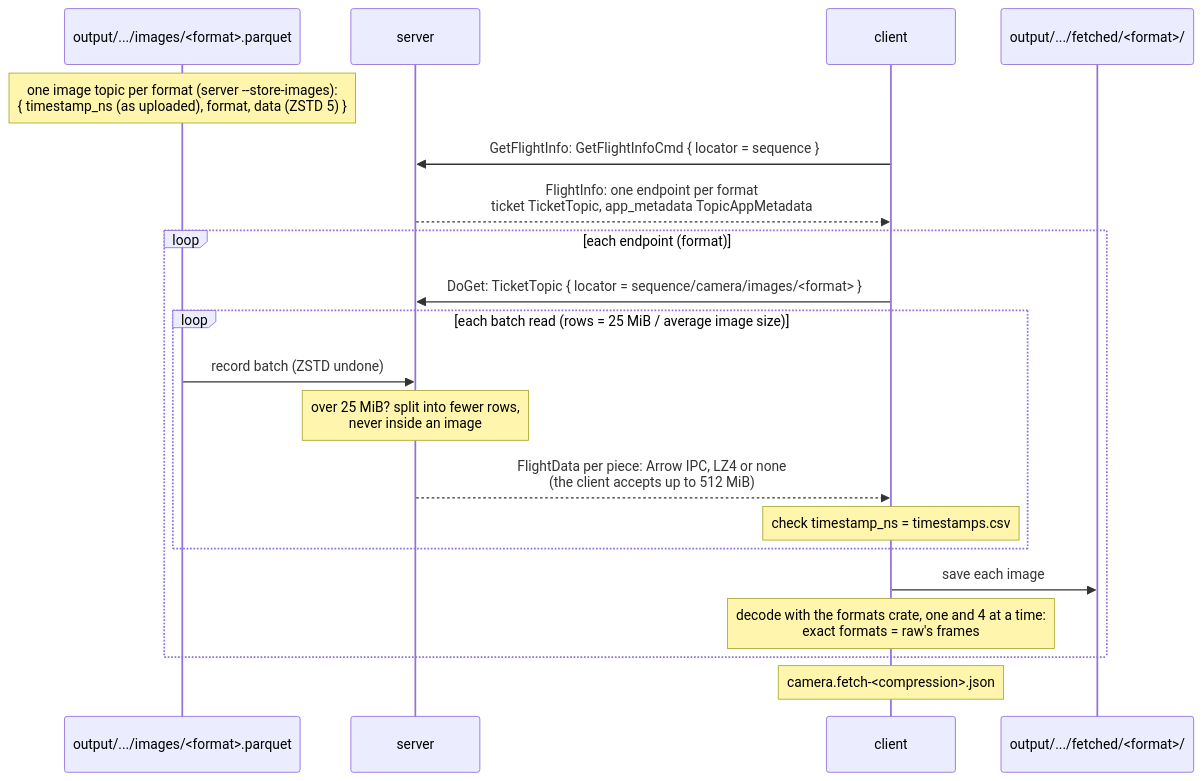
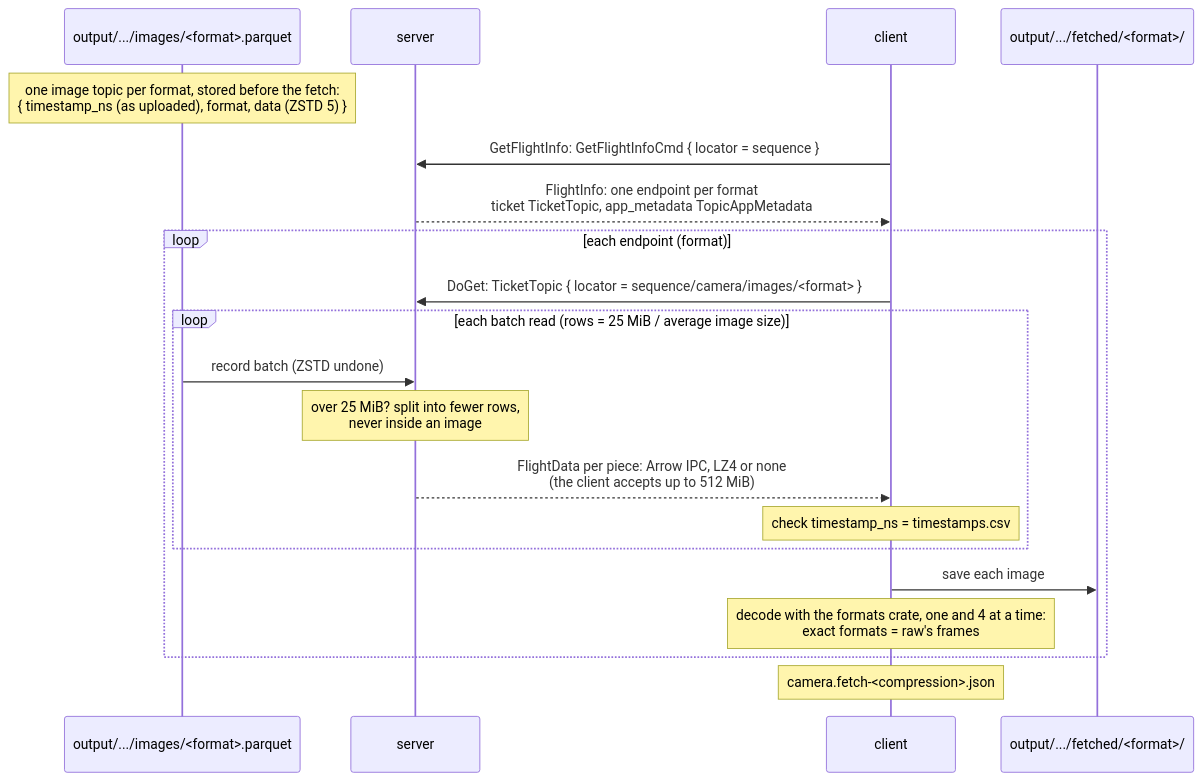
One commit to mosaico-labs/video-pocs changed the diagram in image-sequence/image-results/regular/batch_060/preset_5_crf_18/client/README.md. Above: the diagram before and after it, drawn with Mermaid. The commit also changed other lines of this file and 6 other files, not shown here.

Commit message:
image-sequence: remove a redundant server parameter

````diff
--- a/image-sequence/image-results/regular/batch_060/preset_5_crf_18/client/README.md
+++ b/image-sequence/image-results/regular/batch_060/preset_5_crf_18/client/README.md
@@ -5,23 +5,23 @@
 ```mermaid
 sequenceDiagram
     participant P as output/.../images/<format>.parquet
     participant S as server
     participant C as client
     participant F as output/.../fetched/<format>/
 
-    Note over P: one image topic per format (server --store-images):<br/>{ timestamp_ns (as uploaded), format, data (ZSTD 5) }
+    Note over P: one image topic per format, stored before the fetch:<br/>{ timestamp_ns (as uploaded), format, data (ZSTD 5) }
     C->>S: GetFlightInfo: GetFlightInfoCmd { locator = sequence }
     S-->>C: FlightInfo: one endpoint per format<br/>ticket TicketTopic, app_metadata TopicAppMetadata
     loop each endpoint (format)
         C->>S: DoGet: TicketTopic { locator = sequence/camera/images/<format> }
         loop each batch read (rows = 25 MiB / average image size)
             P->>S: record batch (ZSTD undone)
             Note over S: over 25 MiB? split into fewer rows,<br/>never inside an image
             S-->>C: FlightData per piece: Arrow IPC, LZ4 or none<br/>(the client accepts up to 512 MiB)
             Note over C: check timestamp_ns = timestamps.csv
         end
         C->>F: save each image
         Note over C: decode with the formats crate, one and 4 at a time:<br/>exact formats = raw's frames
     end
     Note over C: camera.fetch-<compression>.json
 ```
````
